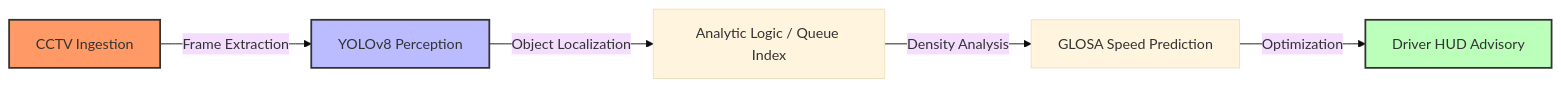
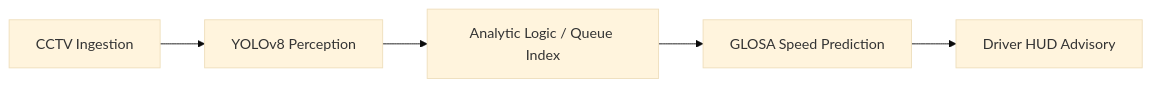
Before and after one commit to ashishh-tech/GLOSA-BHARAT: the second of 3 diagrams in README.md, drawn with Mermaid (base theme). The commit also changed other lines of this file, not shown here.

Commit message:
Fixed Database Schema Visibility: Switched to classDiagram Syntax

````diff
--- a/README.md
+++ b/README.md
@@ -86,11 +82,7 @@
 ```mermaid
 graph LR
-    A[CCTV Ingestion] -->|Frame Extraction| B[YOLOv8 Perception]
-    B -->|Object Localization| C[Analytic Logic / Queue Index]
-    C -->|Density Analysis| D[GLOSA Speed Prediction]
-    D -->|Optimization| E[Driver HUD Advisory]
-    
-    style A fill:#f96,stroke:#333,stroke-width:2px
-    style B fill:#bbf,stroke:#333,stroke-width:2px
-    style E fill:#bfb,stroke:#333,stroke-width:2px
+    A[CCTV Ingestion] --> B[YOLOv8 Perception]
+    B --> C[Analytic Logic / Queue Index]
+    C --> D[GLOSA Speed Prediction]
+    D --> E[Driver HUD Advisory]
 ```
````
